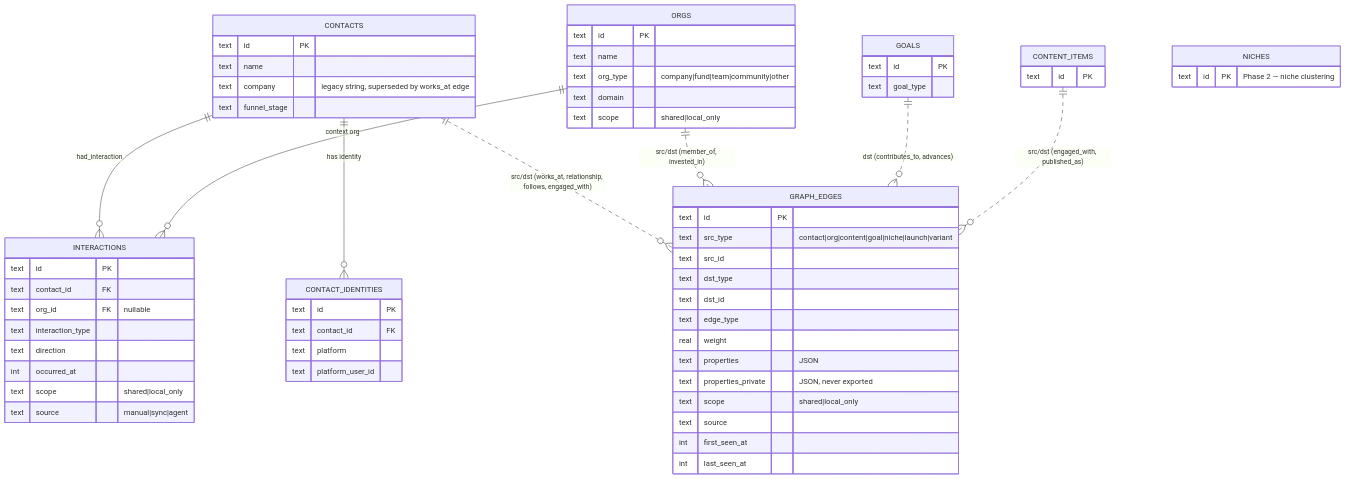
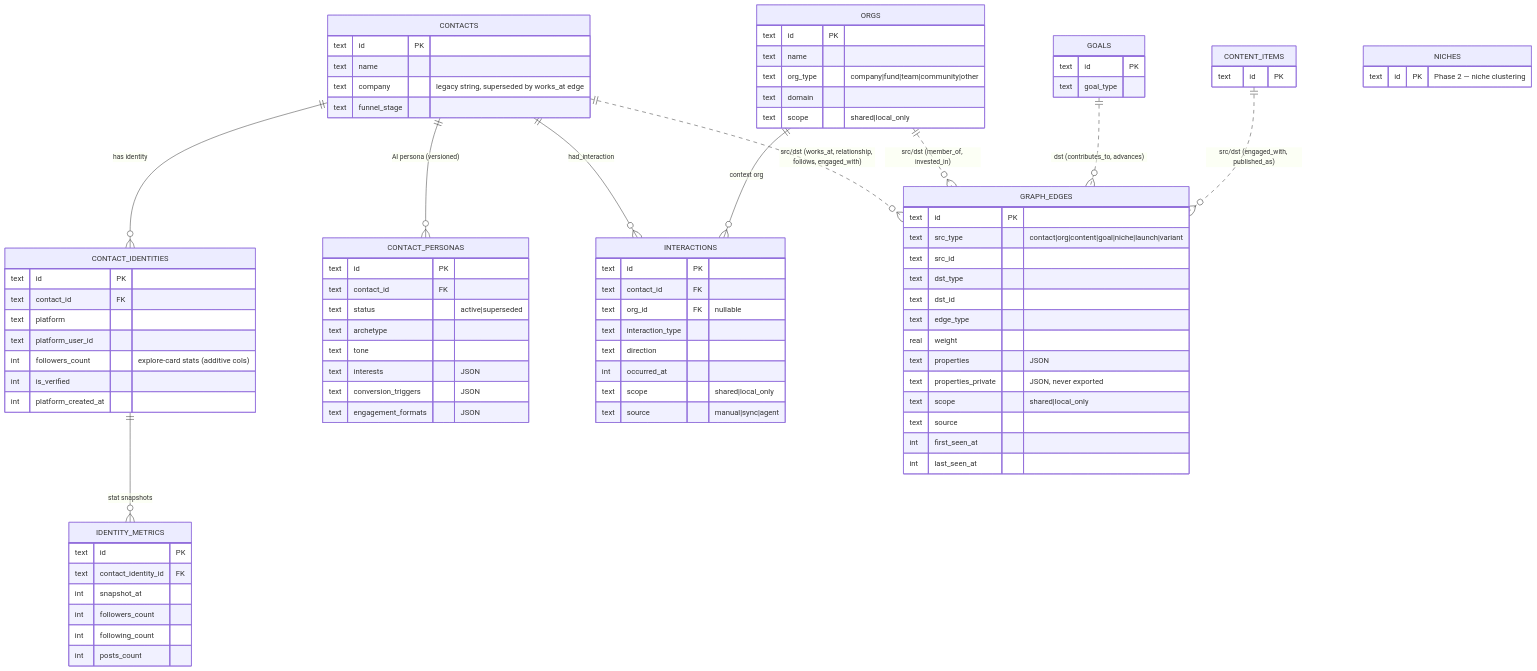
One commit to therealtimex/signals changed the diagram in specs/schema-v0.5.md. Above: the diagram before and after it, drawn with Mermaid. The commit also changed other lines of this file, not shown here.

First line of the commit message:
Extend schema v0.5 design for explore-card parity across networks (#22)

```diff
--- a/specs/schema-v0.5.md
+++ b/specs/schema-v0.5.md
@@ -59,6 +59,29 @@
         text contact_id FK
         text platform
         text platform_user_id
+        int followers_count "explore-card stats (additive cols)"
+        int is_verified
+        int platform_created_at
+    }
+    CONTACT_IDENTITIES ||--o{ IDENTITY_METRICS : "stat snapshots"
+    IDENTITY_METRICS {
+        text id PK
+        text contact_identity_id FK
+        int snapshot_at
+        int followers_count
+        int following_count
+        int posts_count
+    }
+    CONTACTS ||--o{ CONTACT_PERSONAS : "AI persona (versioned)"
+    CONTACT_PERSONAS {
+        text id PK
+        text contact_id FK
+        text status "active|superseded"
+        text archetype
+        text tone
+        text interests "JSON"
+        text conversion_triggers "JSON"
+        text engagement_formats "JSON"
     }
     INTERACTIONS {
         text id PK
```
